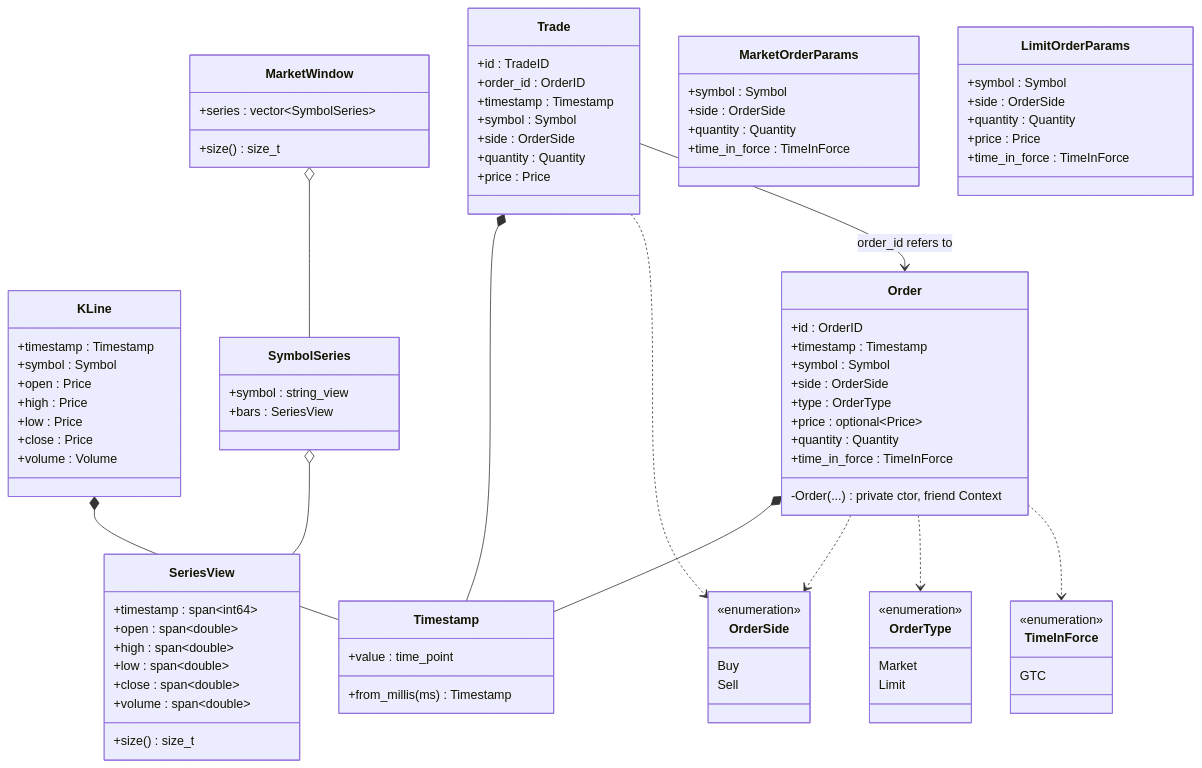
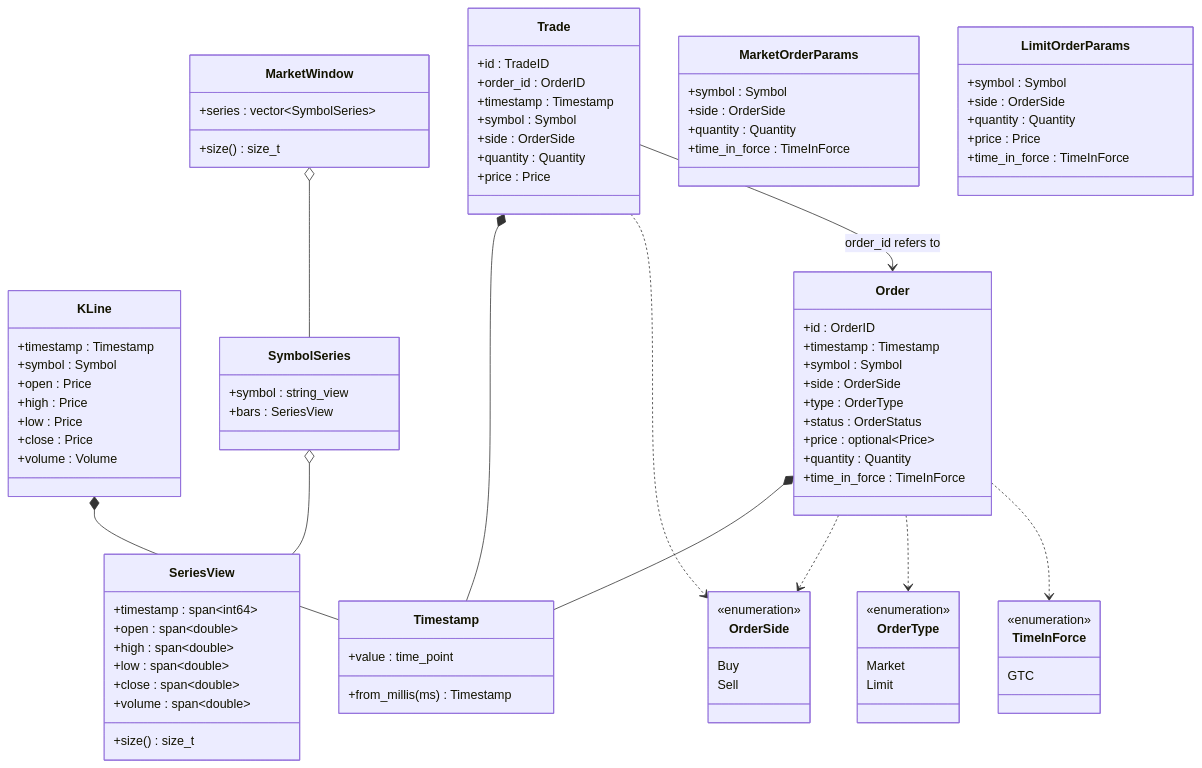
The second of 7 diagrams in docs/architecture.md (barberkman/stonks), drawn with Mermaid before and after one commit. The commit also changed other lines of this file and 12 other files, not shown here.

```diff
--- a/docs/architecture.md
+++ b/docs/architecture.md
@@ -122,10 +122,10 @@
         +symbol : Symbol
         +side : OrderSide
         +type : OrderType
+        +status : OrderStatus
         +price : optional~Price~
         +quantity : Quantity
         +time_in_force : TimeInForce
-        -Order(...) private ctor, friend Context
     }
     class Trade {
         +id : TradeID
```
